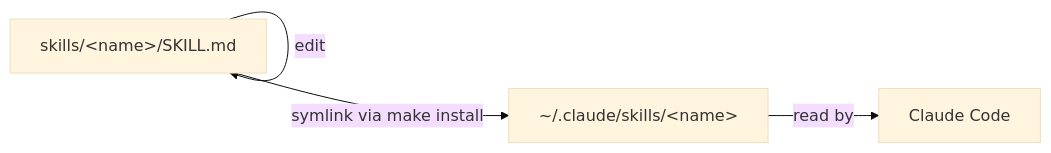
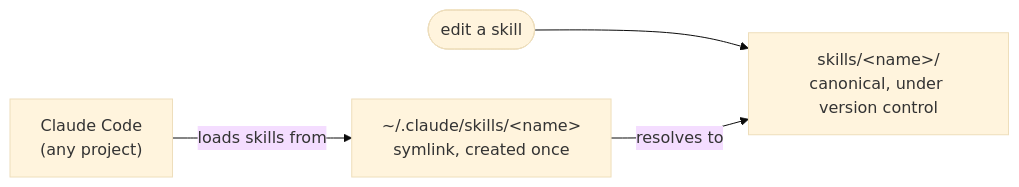
Before and after one commit to cypiswhywhy/docschemy: the diagram in docs/explanation.md, drawn with Mermaid (base theme). The commit also changed other lines of this file and 9 other files, not shown here.

````diff
--- a/docs/explanation.md
+++ b/docs/explanation.md
@@ -19,6 +13,6 @@
 ```mermaid
 flowchart LR
-    A[skills/&lt;name&gt;/SKILL.md] -- edit --> A
-    A -- symlink via make install --> B[~/.claude/skills/&lt;name&gt;]
-    B -- read by --> C[Claude Code]
+    E([edit a skill]) --> S["skills/&lt;name&gt;/<br/>canonical, under version control"]
+    L["~/.claude/skills/&lt;name&gt;<br/>symlink, created once"] -->|resolves to| S
+    C["Claude Code<br/>(any project)"] -->|loads skills from| L
 ```
````
